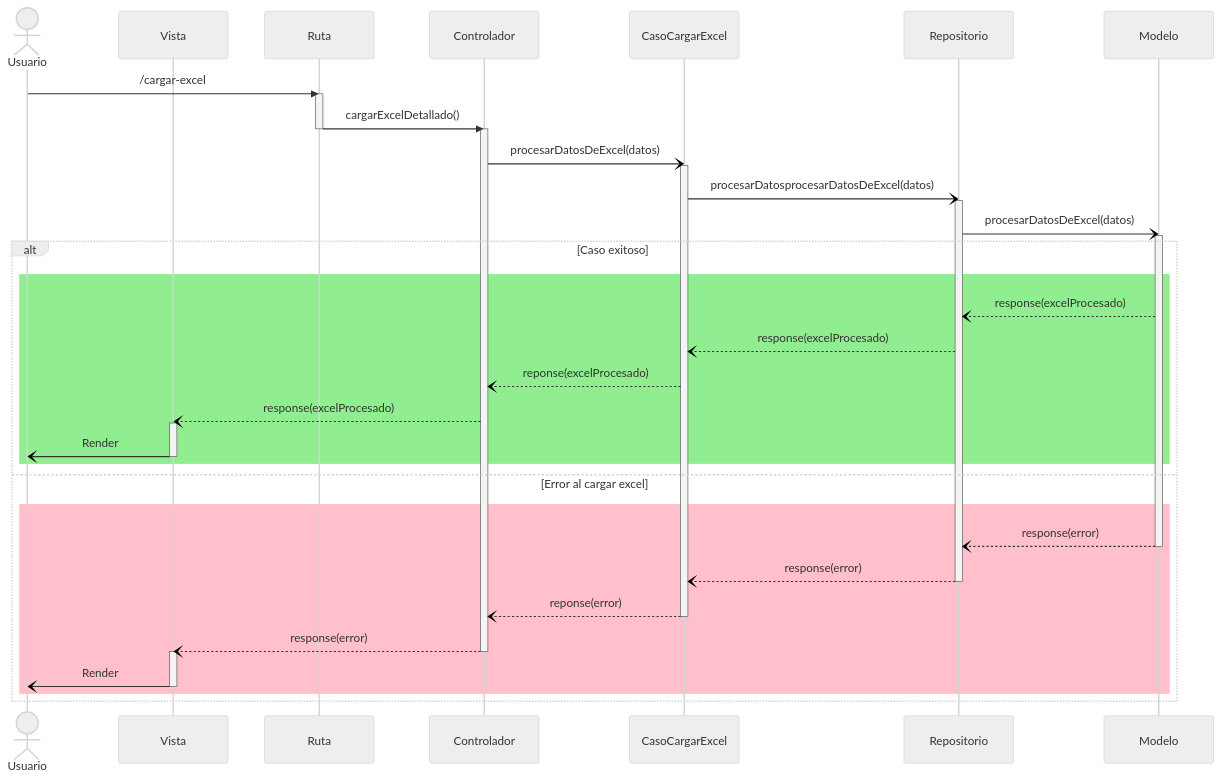
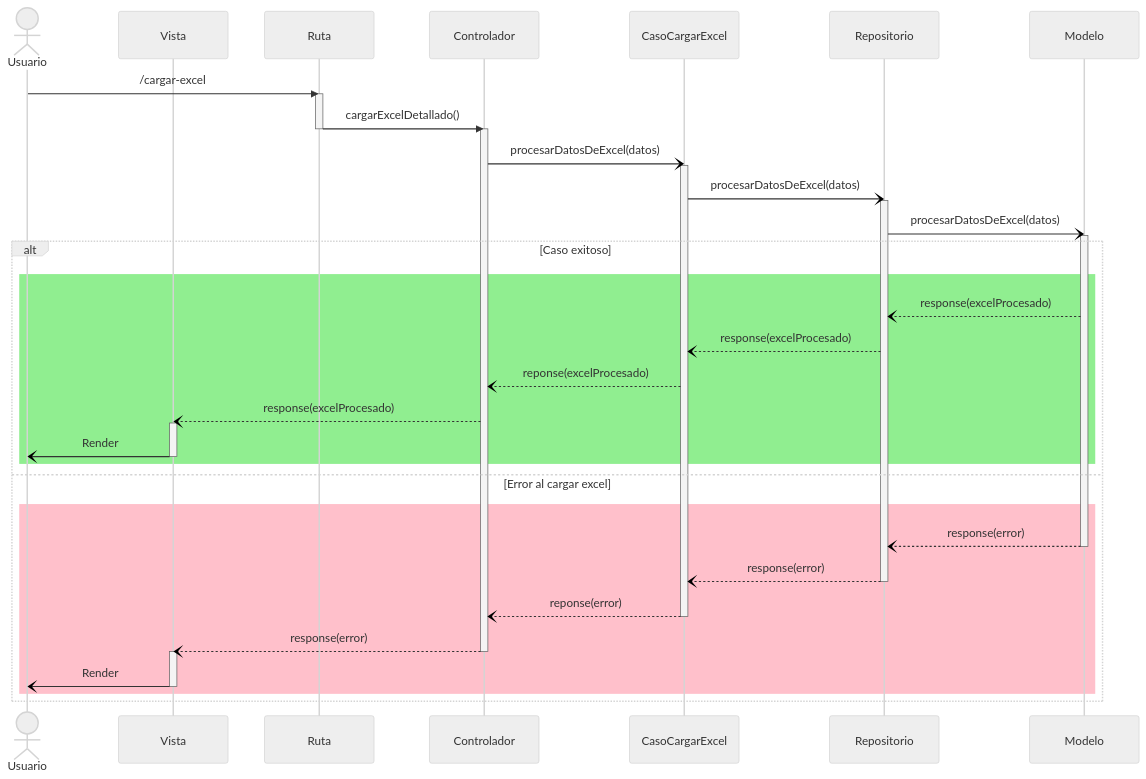
The diagram in documentation/docs/proyectos/tractores/documentacion/requisitos/RF44.md (CodeAnd-Co/Documentacion), drawn with Mermaid (neutral theme) before and after one commit. The commit also changed other lines of this file, not shown here.

Commit message:
Corregir ortografia

````diff
--- a/documentation/docs/proyectos/tractores/documentacion/requisitos/RF44.md
+++ b/documentation/docs/proyectos/tractores/documentacion/requisitos/RF44.md
@@ -23,50 +23,50 @@
 ```mermaid
 sequenceDiagram
     actor Usuario
     participant view as Vista
     participant route as Ruta
     participant controller as Controlador
     participant usecase as CasoCargarExcel
     participant repository as Repositorio
     participant model as Modelo
 
     Usuario->>route: /cargar-excel
     activate route
     route->>controller: cargarExcelDetallado()
     deactivate route
     activate controller
     controller-)usecase: procesarDatosDeExcel(datos)
     activate usecase
-    usecase-)repository: procesarDatosprocesarDatosDeExcel(datos)
+    usecase-)repository: procesarDatosDeExcel(datos)
     activate repository
     repository-)model: procesarDatosDeExcel(datos)
     activate model 
     alt Caso exitoso
       rect Lightgreen
       model--)repository: response(excelProcesado)
       repository--)usecase: response(excelProcesado)
       usecase--)controller: reponse(excelProcesado)
       controller--)view: response(excelProcesado)
       activate view
       view-)Usuario: Render
       deactivate view
       end
     else Error al cargar excel
       rect Pink
       model--)repository: response(error)
       deactivate model
       repository--)usecase: response(error)
       deactivate repository
       usecase--)controller: reponse(error)
       deactivate usecase
       controller--)view: response(error)
       deactivate controller
       activate view
       view-)Usuario: Render
       deactivate view
       end
     end
     
 
 
 ```
````
